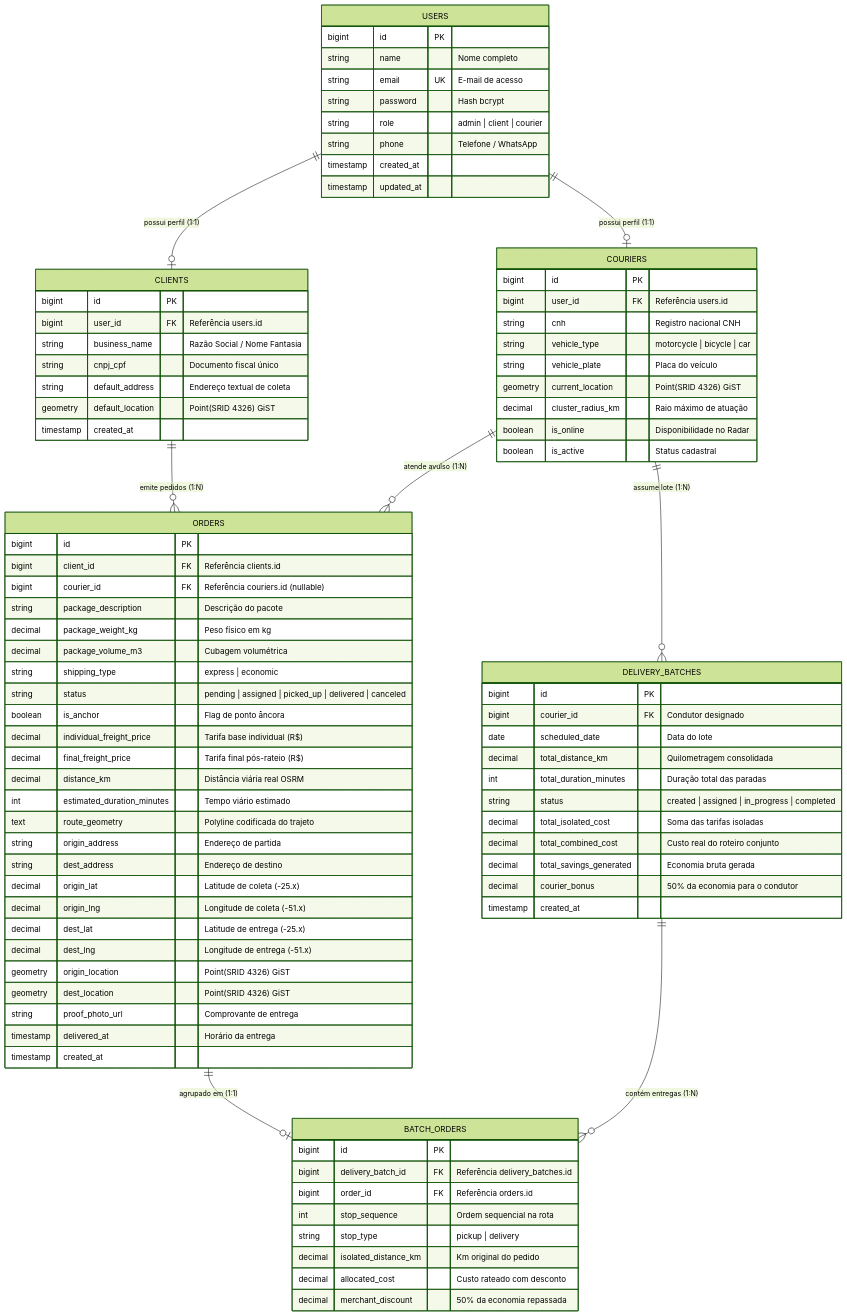
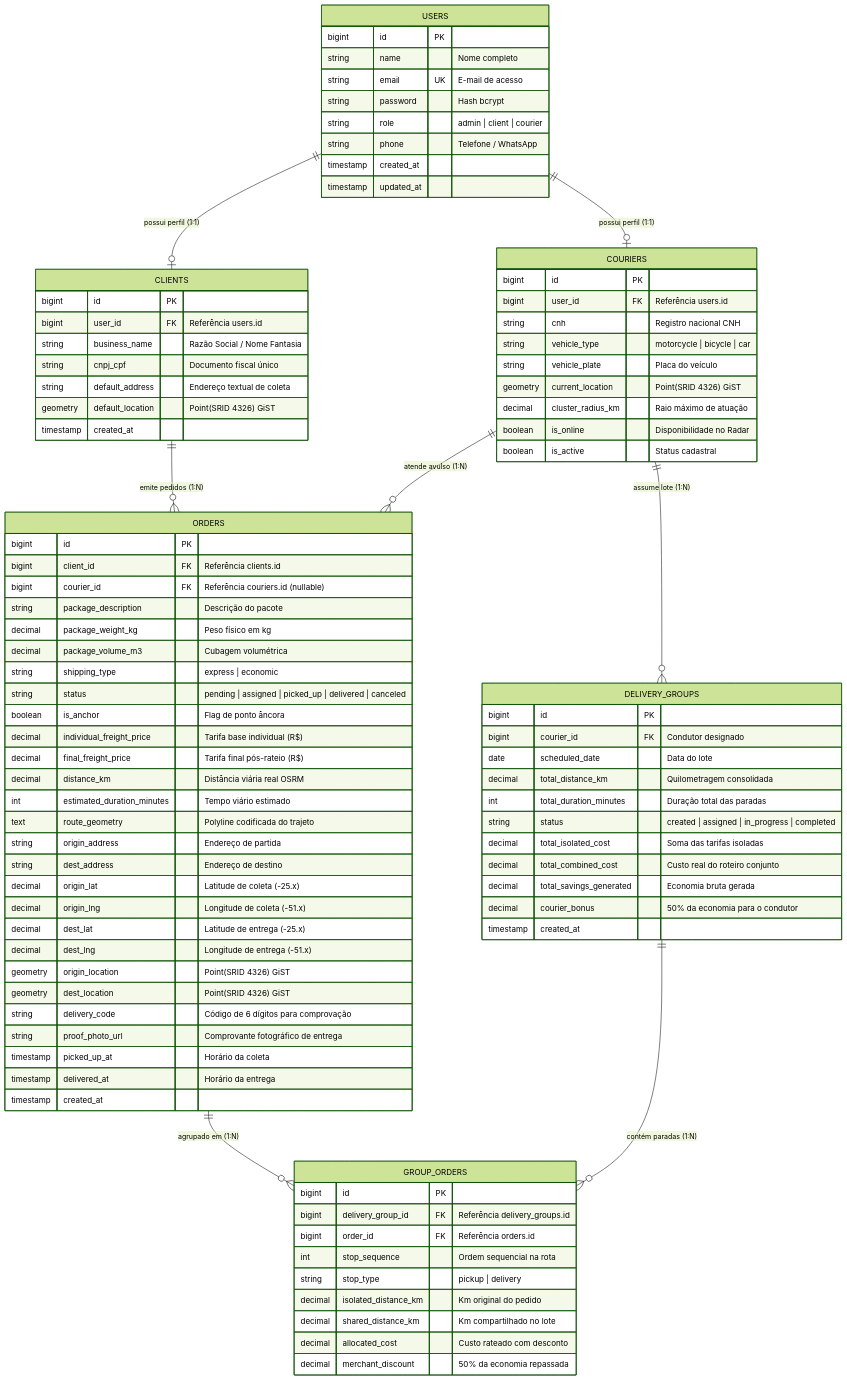
One commit to LeonardoTosinPR/Zarpa changed the first of 4 diagrams in backend/README.md. Above: the diagram before and after it, drawn with Mermaid (forest theme). The commit also changed other lines of this file and 3 other files, not shown here.

```diff
--- a/backend/README.md
+++ b/backend/README.md
@@ -84,9 +85,9 @@
     USERS ||--o| COURIERS : "possui perfil (1:1)"
     CLIENTS ||--o{ ORDERS : "emite pedidos (1:N)"
     COURIERS ||--o{ ORDERS : "atende avulso (1:N)"
-    COURIERS ||--o{ DELIVERY_BATCHES : "assume lote (1:N)"
-    DELIVERY_BATCHES ||--o{ BATCH_ORDERS : "contém entregas (1:N)"
-    ORDERS ||--o| BATCH_ORDERS : "agrupado em (1:1)"
+    COURIERS ||--o{ DELIVERY_GROUPS : "assume lote (1:N)"
+    DELIVERY_GROUPS ||--o{ GROUP_ORDERS : "contém paradas (1:N)"
+    ORDERS ||--o{ GROUP_ORDERS : "agrupado em (1:N)"
 
     USERS {
         bigint id PK
@@ -144,12 +145,14 @@
         decimal dest_lng "Longitude de entrega (-51.x)"
         geometry origin_location "Point(SRID 4326) GiST"
         geometry dest_location "Point(SRID 4326) GiST"
-        string proof_photo_url "Comprovante de entrega"
+        string delivery_code "Código de 6 dígitos para comprovação"
+        string proof_photo_url "Comprovante fotográfico de entrega"
+        timestamp picked_up_at "Horário da coleta"
         timestamp delivered_at "Horário da entrega"
         timestamp created_at
     }
 
-    DELIVERY_BATCHES {
+    DELIVERY_GROUPS {
         bigint id PK
         bigint courier_id FK "Condutor designado"
         date scheduled_date "Data do lote"
@@ -163,13 +166,14 @@
         timestamp created_at
     }
 
-    BATCH_ORDERS {
+    GROUP_ORDERS {
         bigint id PK
-        bigint delivery_batch_id FK "Referência delivery_batches.id"
+        bigint delivery_group_id FK "Referência delivery_groups.id"
         bigint order_id FK "Referência orders.id"
         int stop_sequence "Ordem sequencial na rota"
         string stop_type "pickup | delivery"
         decimal isolated_distance_km "Km original do pedido"
+        decimal shared_distance_km "Km compartilhado no lote"
         decimal allocated_cost "Custo rateado com desconto"
         decimal merchant_discount "50% da economia repassada"
     }
```
